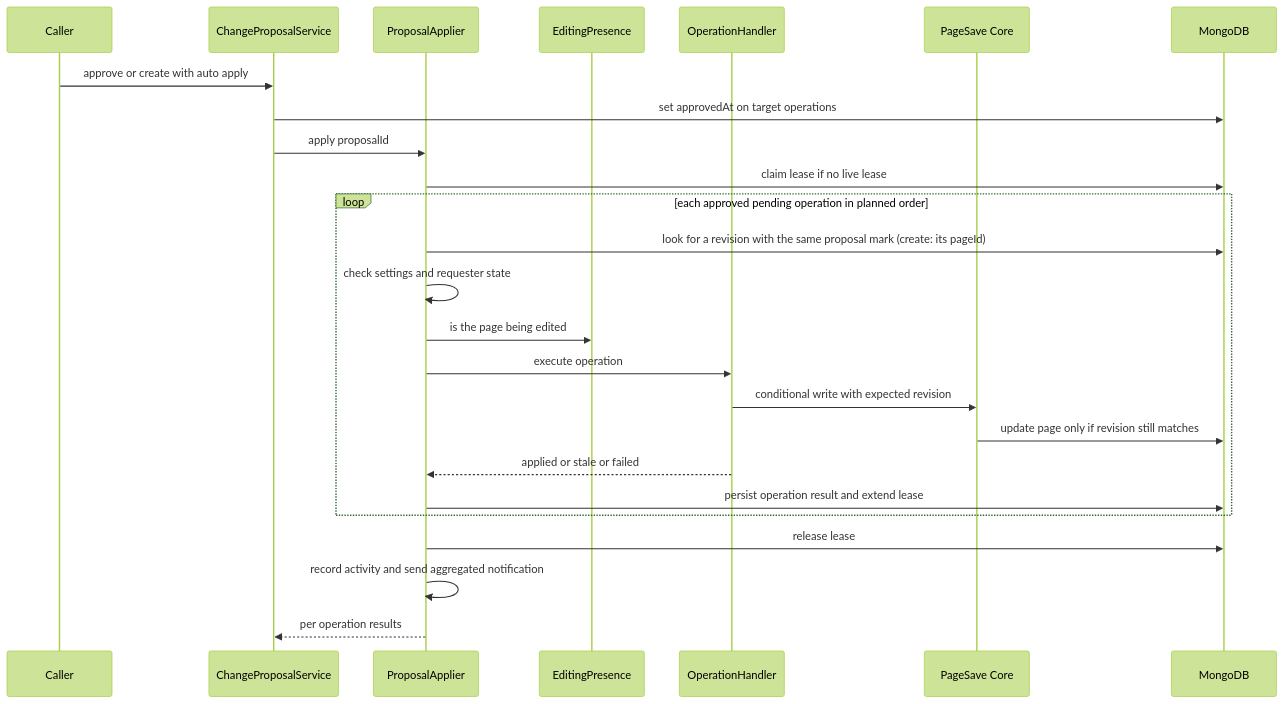
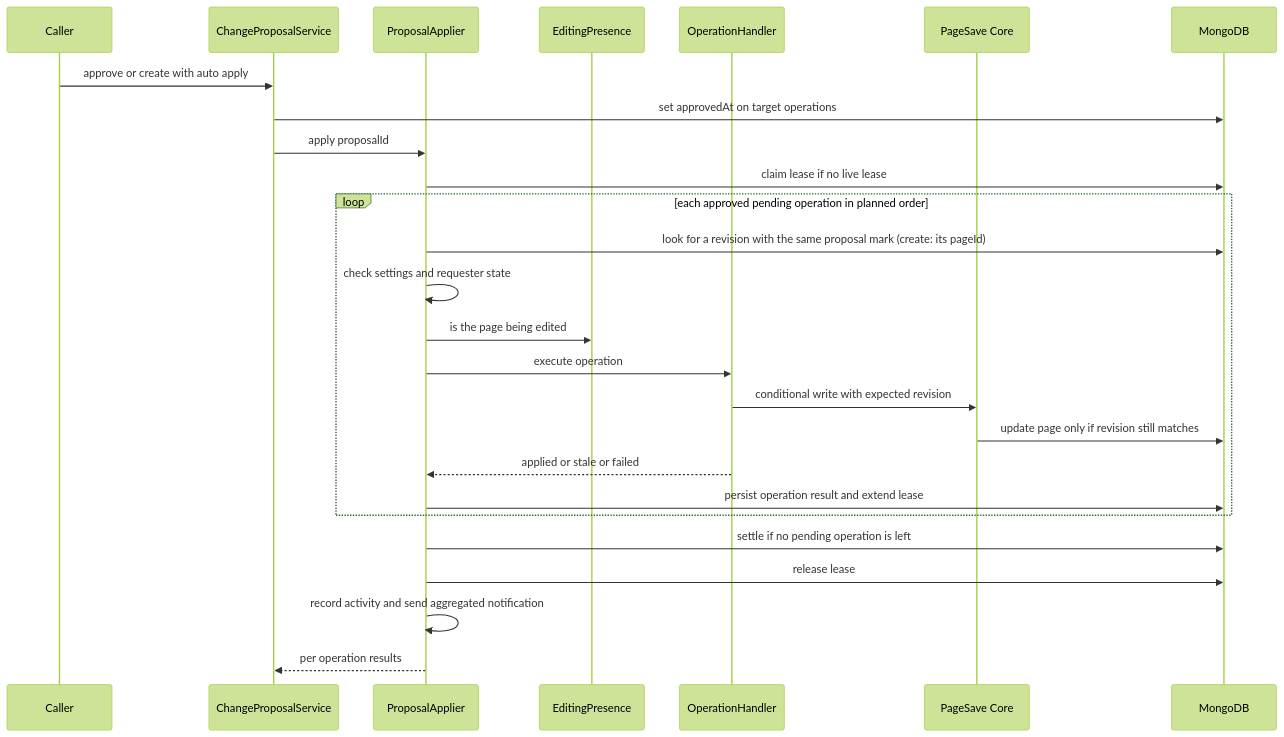
One commit to growilabs/growi changed the second of 4 diagrams in .kiro/specs/change-proposal-core/design.md. Above: the diagram before and after it, drawn with Mermaid (forest theme). The commit also changed other lines of this file and 17 other files, not shown here.

````diff
--- a/.kiro/specs/change-proposal-core/design.md
+++ b/.kiro/specs/change-proposal-core/design.md
@@ -238,27 +261,28 @@
 ```mermaid
 sequenceDiagram
     participant Caller as Caller
     participant Svc as ChangeProposalService
     participant App as ProposalApplier
     participant Pres as EditingPresence
     participant H as OperationHandler
     participant Save as PageSave Core
     participant DB as MongoDB
     Caller->>Svc: approve or create with auto apply
     Svc->>DB: set approvedAt on target operations
     Svc->>App: apply proposalId
     App->>DB: claim lease if no live lease
     loop each approved pending operation in planned order
         App->>DB: look for a revision with the same proposal mark (create: its pageId)
         App->>App: check settings and requester state
         App->>Pres: is the page being edited
         App->>H: execute operation
         H->>Save: conditional write with expected revision
         Save->>DB: update page only if revision still matches
         H-->>App: applied or stale or failed
         App->>DB: persist operation result and extend lease
     end
+    App->>DB: settle if no pending operation is left
     App->>DB: release lease
     App->>App: record activity and send aggregated notification
     App-->>Svc: per operation results
 ```
````
